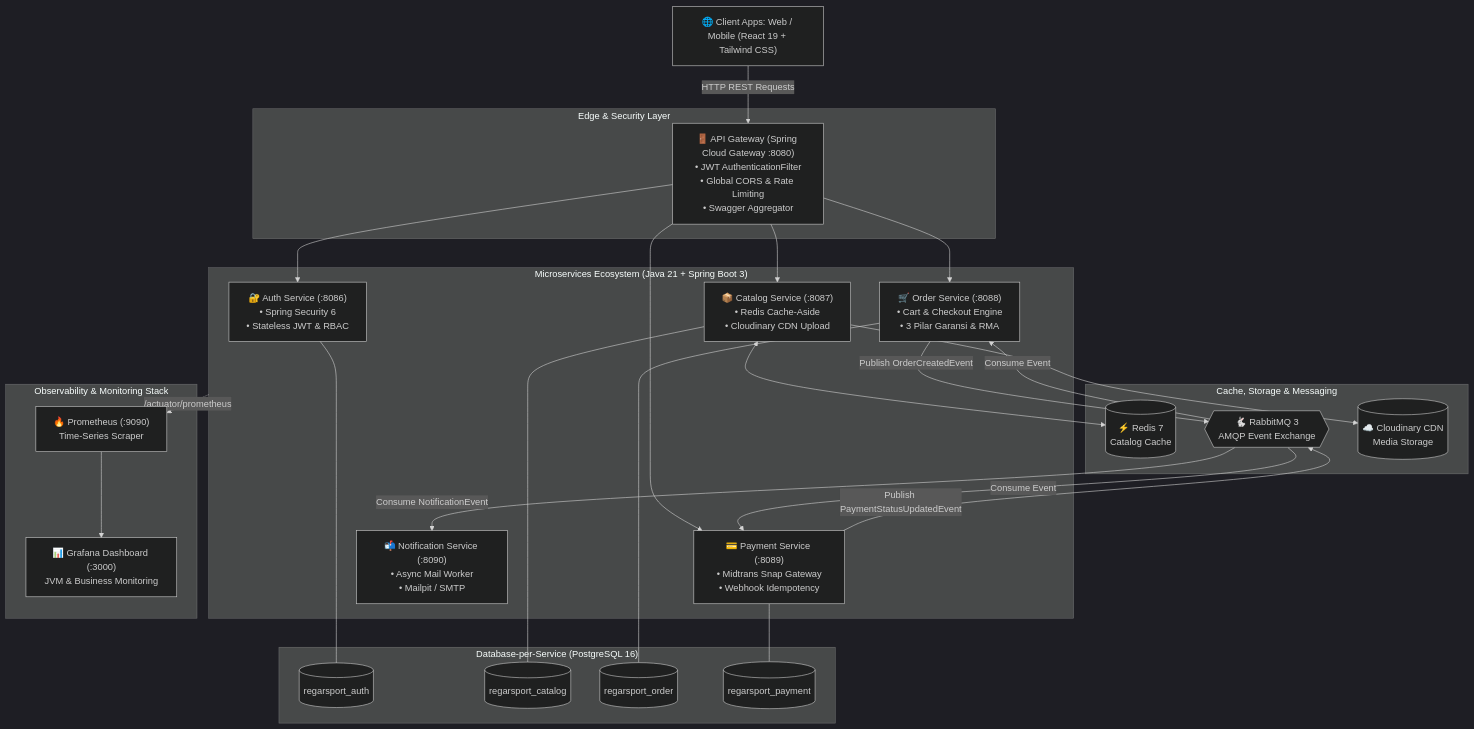
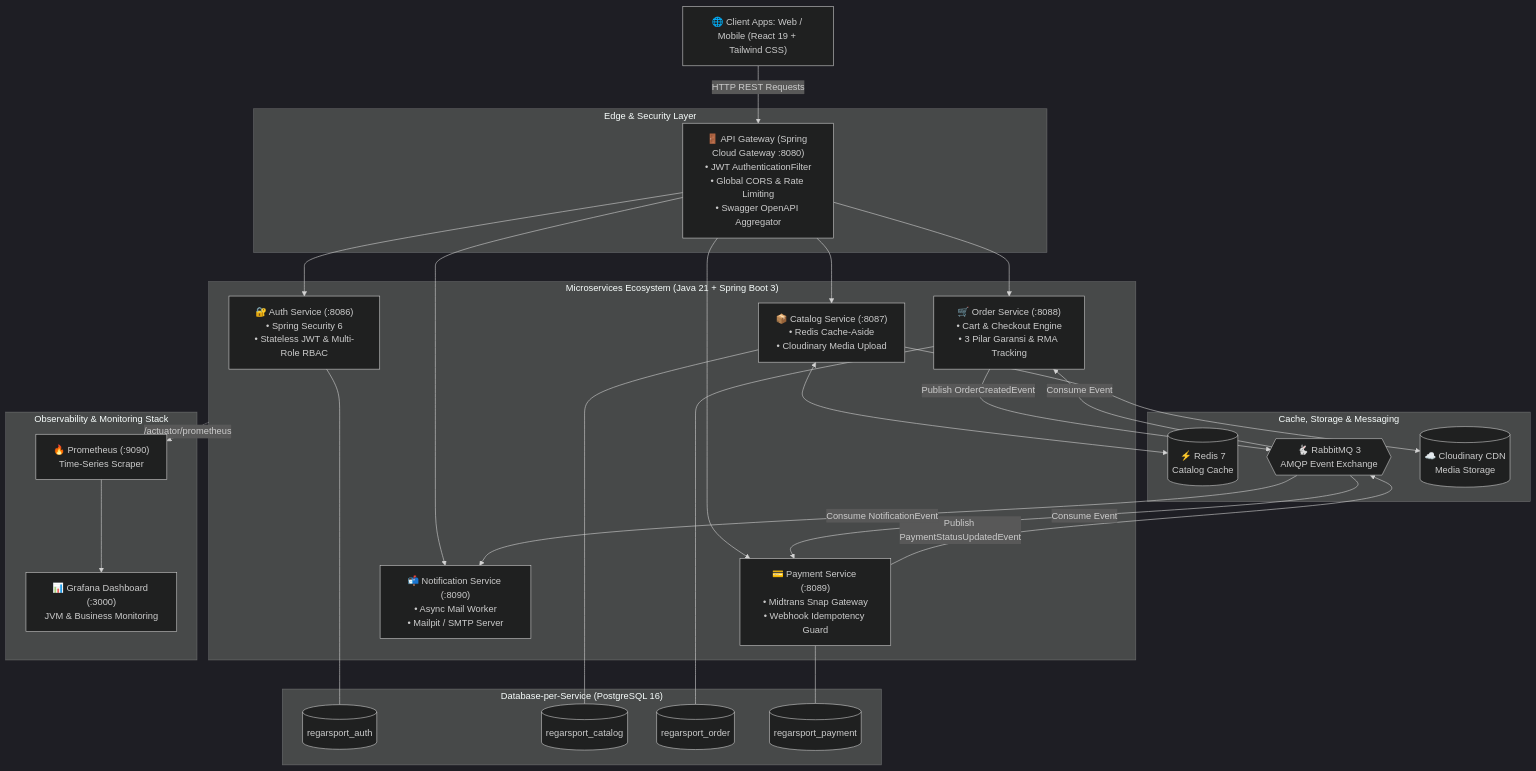
Before and after one commit to DujanahSr/regarsport-ecommerce: the first of 3 diagrams in README.md, drawn with Mermaid (dark theme). The commit also changed other lines of this file and 9 other files, not shown here.

````diff
--- a/README.md
+++ b/README.md
@@ -40,57 +41,58 @@
 ```mermaid
 flowchart TB
     Client["🌐 Client Apps: Web / Mobile (React 19 + Tailwind CSS)"]
     
     subgraph EdgeLayer["Edge & Security Layer"]
-        Gateway["🚪 API Gateway (Spring Cloud Gateway :8080)\n• JWT AuthenticationFilter\n• Global CORS & Rate Limiting\n• Swagger Aggregator"]
+        Gateway["🚪 API Gateway (Spring Cloud Gateway :8080)\n• JWT AuthenticationFilter\n• Global CORS & Rate Limiting\n• Swagger OpenAPI Aggregator"]
     end
 
     Client -->|HTTP REST Requests| Gateway
 
     subgraph CoreServices["Microservices Ecosystem (Java 21 + Spring Boot 3)"]
-        AuthSvc["🔐 Auth Service (:8086)\n• Spring Security 6\n• Stateless JWT & RBAC"]
-        CatSvc["📦 Catalog Service (:8087)\n• Redis Cache-Aside\n• Cloudinary CDN Upload"]
-        OrdSvc["🛒 Order Service (:8088)\n• Cart & Checkout Engine\n• 3 Pilar Garansi & RMA"]
-        PaySvc["💳 Payment Service (:8089)\n• Midtrans Snap Gateway\n• Webhook Idempotency"]
-        NotifSvc["📬 Notification Service (:8090)\n• Async Mail Worker\n• Mailpit / SMTP"]
+        AuthSvc["🔐 Auth Service (:8086)\n• Spring Security 6\n• Stateless JWT & Multi-Role RBAC"]
+        CatSvc["📦 Catalog Service (:8087)\n• Redis Cache-Aside\n• Cloudinary Media Upload"]
+        OrdSvc["🛒 Order Service (:8088)\n• Cart & Checkout Engine\n• 3 Pilar Garansi & RMA Tracking"]
+        PaySvc["💳 Payment Service (:8089)\n• Midtrans Snap Gateway\n• Webhook Idempotency Guard"]
+        NotifSvc["📬 Notification Service (:8090)\n• Async Mail Worker\n• Mailpit / SMTP Server"]
     end
 
     Gateway --> AuthSvc
     Gateway --> CatSvc
     Gateway --> OrdSvc
     Gateway --> PaySvc
+    Gateway --> NotifSvc
 
     subgraph DataLayer["Database-per-Service (PostgreSQL 16)"]
         DB_Auth[(regarsport_auth)]
         DB_Cat[(regarsport_catalog)]
         DB_Ord[(regarsport_order)]
         DB_Pay[(regarsport_payment)]
     end
 
     AuthSvc --- DB_Auth
     CatSvc --- DB_Cat
     OrdSvc --- DB_Ord
     PaySvc --- DB_Pay
 
     subgraph CacheBroker["Cache, Storage & Messaging"]
         Redis[("⚡ Redis 7\nCatalog Cache")]
         RabbitMQ{{"🐇 RabbitMQ 3\nAMQP Event Exchange"}}
         Cloudinary[("☁️ Cloudinary CDN\nMedia Storage")]
     end
 
     CatSvc <--> Redis
     CatSvc --> Cloudinary
     OrdSvc -->|Publish OrderCreatedEvent| RabbitMQ
     RabbitMQ -->|Consume Event| PaySvc
     PaySvc -->|Publish PaymentStatusUpdatedEvent| RabbitMQ
     RabbitMQ -->|Consume Event| OrdSvc
     RabbitMQ -->|Consume NotificationEvent| NotifSvc
 
     subgraph ObservabilityLayer["Observability & Monitoring Stack"]
         Prometheus["🔥 Prometheus (:9090)\nTime-Series Scraper"]
         Grafana["📊 Grafana Dashboard (:3000)\nJVM & Business Monitoring"]
     end
 
     CoreServices -.->|/actuator/prometheus| Prometheus
     Prometheus --> Grafana
 ```
````
